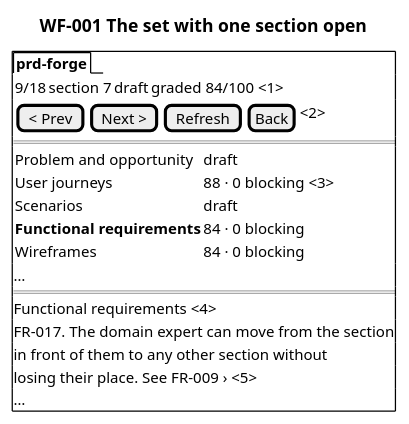
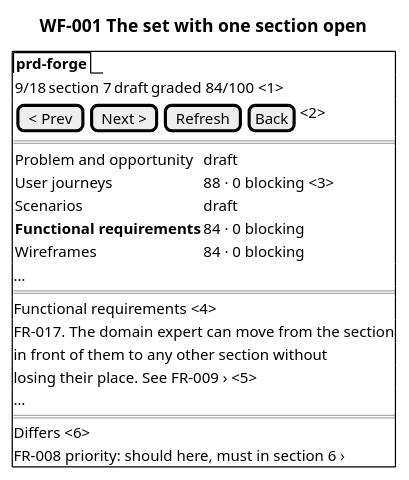
Before and after one commit to SpillwaveSolutions/prd-forge: the diagram in docs/prd/prd-forge/diagrams/WF-001.puml, drawn with PlantUML. The commit also changed 16 other files, not shown here.

```diff
--- a/docs/prd/prd-forge/diagrams/WF-001.puml
+++ b/docs/prd/prd-forge/diagrams/WF-001.puml
@@ -1,25 +1,28 @@
 @startsalt
 title WF-001 The set with one section open
 {+
   {/ <b>prd-forge</b> }
   {
     9/18 | section 7 | draft | graded 84/100 <1>
   }
   { [< Prev] | [Next >] | [Refresh] | [Back] | <2> }
   ==
   {
     Problem and opportunity | draft
     User journeys | 88 · 0 blocking <3>
     Scenarios | draft
     <b>Functional requirements | 84 · 0 blocking
     Wireframes | 84 · 0 blocking
   }
   …
   ==
   Functional requirements <4>
   FR-017. The domain expert can move from the section
   in front of them to any other section without
   losing their place. See FR-009 › <5>
   …
+  ==
+  Differs <6>
+  FR-008 priority: should here, must in section 6 ›
 }
 @endsalt
```
